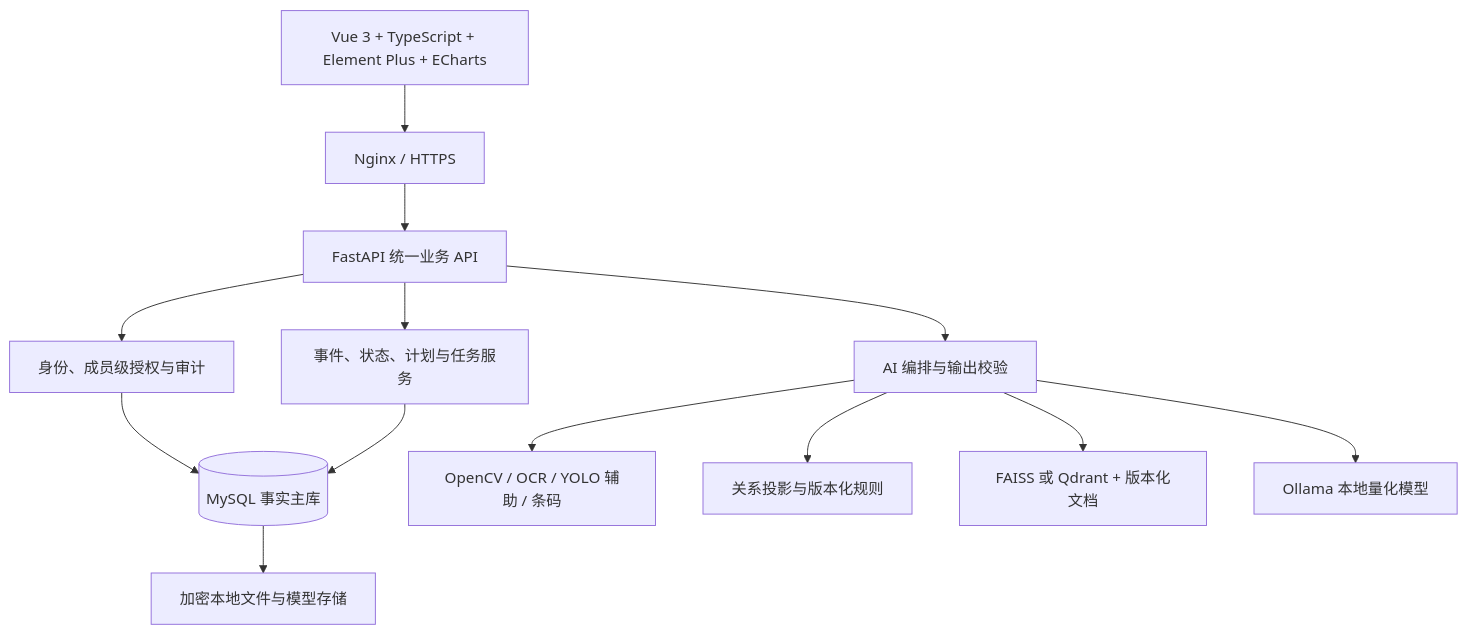
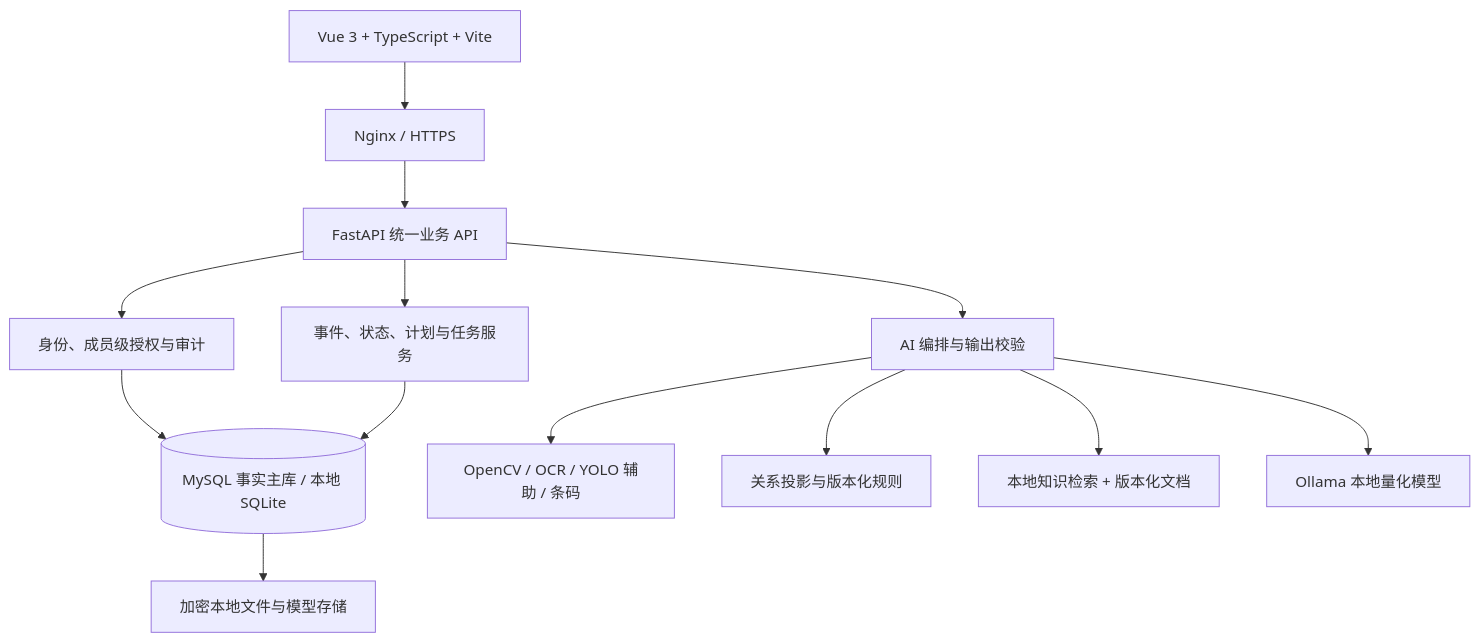
One commit to Meyt1n/issedu_ysu2026_3709 changed the second of 2 diagrams in README.md. Above: the diagram before and after it, drawn with Mermaid. The commit also changed other lines of this file and 11 other files, not shown here.

````diff
--- a/README.md
+++ b/README.md
@@ -63,15 +154,15 @@
 ```mermaid
 flowchart TB
-    UI["Vue 3 + TypeScript + Element Plus + ECharts"] --> GW["Nginx / HTTPS"]
+    UI["Vue 3 + TypeScript + Vite"] --> GW["Nginx / HTTPS"]
     GW --> API["FastAPI 统一业务 API"]
     API --> AUTH["身份、成员级授权与审计"]
     API --> EVENT["事件、状态、计划与任务服务"]
     API --> ORCH["AI 编排与输出校验"]
-    AUTH --> DB[("MySQL 事实主库")]
+    AUTH --> DB[("MySQL 事实主库 / 本地 SQLite")]
     EVENT --> DB
     ORCH --> CV["OpenCV / OCR / YOLO 辅助 / 条码"]
     ORCH --> RULE["关系投影与版本化规则"]
-    ORCH --> RAG["FAISS 或 Qdrant + 版本化文档"]
+    ORCH --> RAG["本地知识检索 + 版本化文档"]
     ORCH --> LLM["Ollama 本地量化模型"]
     DB --> FILES["加密本地文件与模型存储"]
 ```
````
